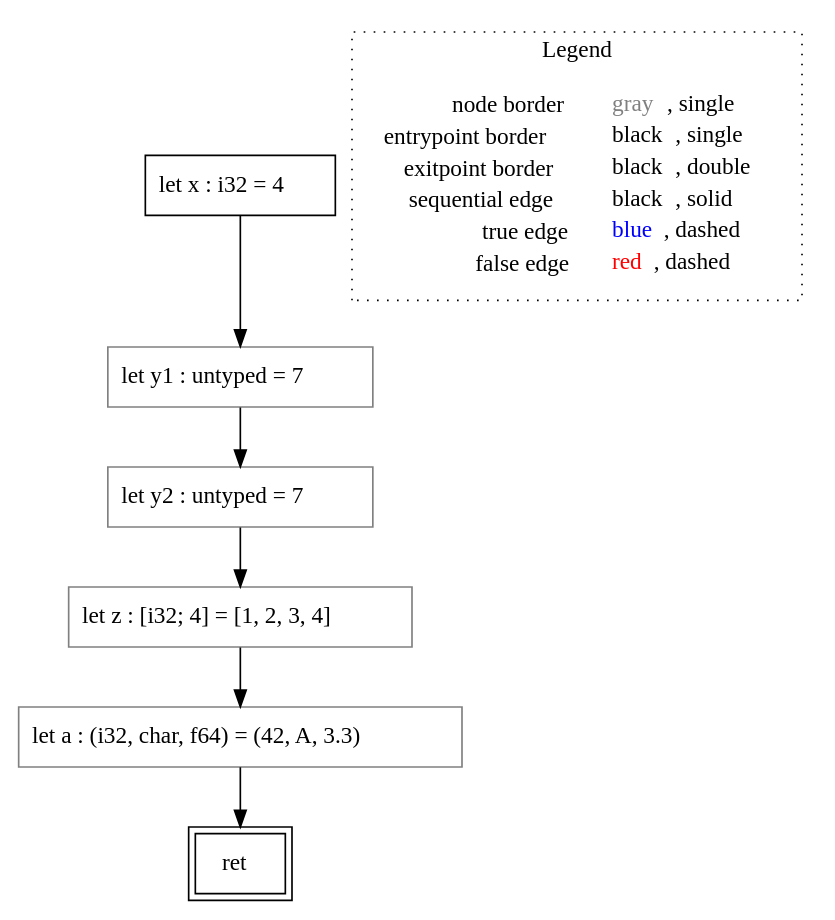
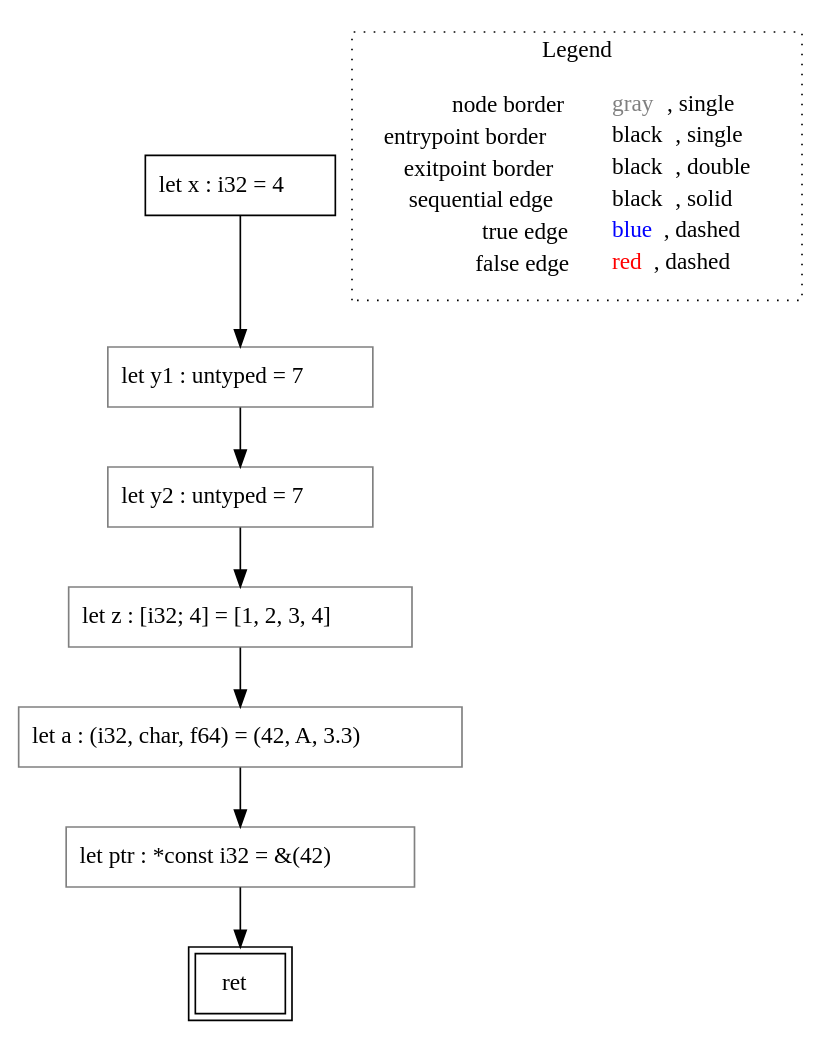
One commit to VincenzoArceri/rust-lisa changed the diagram in rust-lisa/rust-testcases/cfg/type-parsing/()_rust-testcases_cfg_type-parsing_type-parsing.rs.main().dot. Above: the diagram before and after it, drawn with Graphviz. The commit also changed 4 other files, not shown here.

```diff
--- a/rust-lisa/rust-testcases/cfg/type-parsing/()_rust-testcases_cfg_type-parsing_type-parsing.rs.main().dot
+++ b/rust-lisa/rust-testcases/cfg/type-parsing/()_rust-testcases_cfg_type-parsing_type-parsing.rs.main().dot
@@ -1,20 +1,22 @@
 digraph {
 	"node0" [shape="rect",color="black",label=<let x : i32 = 4>];
-	"node1" [shape="rect",color="gray",label=<let y2 : untyped = 7>];
-	"node2" [shape="rect",color="gray",label=<let y1 : untyped = 7>];
-	"node3" [shape="rect",color="gray",label=<let a : (i32, char, f64) = (42, A, 3.3)>];
-	"node4" [shape="rect",color="gray",label=<let z : [i32; 4] = [1, 2, 3, 4]>];
-	"node5" [shape="rect",color="black",peripheries="2",label=<ret>];
-	"node1" -> "node4" [color="black"];
-	"node0" -> "node2" [color="black"];
-	"node2" -> "node1" [color="black"];
+	"node1" [shape="rect",color="gray",label=<let a : (i32, char, f64) = (42, A, 3.3)>];
+	"node2" [shape="rect",color="gray",label=<let ptr : *const i32 = &amp;(42)>];
+	"node3" [shape="rect",color="gray",label=<let y2 : untyped = 7>];
+	"node4" [shape="rect",color="gray",label=<let y1 : untyped = 7>];
+	"node5" [shape="rect",color="gray",label=<let z : [i32; 4] = [1, 2, 3, 4]>];
+	"node6" [shape="rect",color="black",peripheries="2",label=<ret>];
+	"node1" -> "node2" [color="black"];
+	"node2" -> "node6" [color="black"];
 	"node3" -> "node5" [color="black"];
+	"node0" -> "node4" [color="black"];
 	"node4" -> "node3" [color="black"];
+	"node5" -> "node1" [color="black"];
 subgraph cluster_legend {
 	label="Legend";
 	style=dotted;
 	node [shape=plaintext];
 	"legend" [label=<<table border="0" cellpadding="2" cellspacing="0" cellborder="0"><tr><td align="right">node border&nbsp;</td><td align="left"><font color="gray">gray</font>, single</td></tr><tr><td align="right">entrypoint border&nbsp;</td><td align="left"><font color="black">black</font>, single</td></tr><tr><td align="right">exitpoint border&nbsp;</td><td align="left"><font color="black">black</font>, double</td></tr><tr><td align="right">sequential edge&nbsp;</td><td align="left"><font color="black">black</font>, solid</td></tr><tr><td align="right">true edge&nbsp;</td><td align="left"><font color="blue">blue</font>, dashed</td></tr><tr><td align="right">false edge&nbsp;</td><td align="left"><font color="red">red</font>, dashed</td></tr></table>>];
 }
 
 }
```
